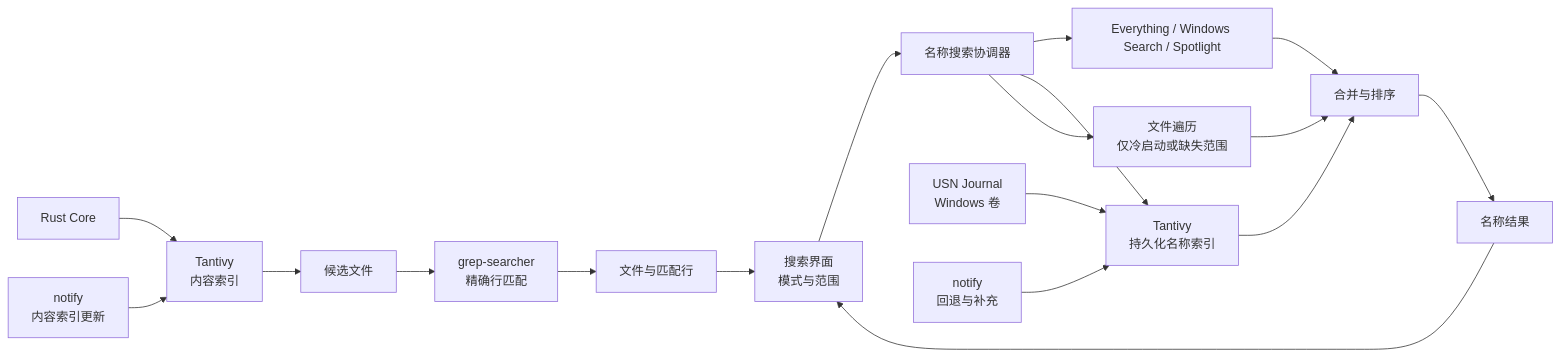
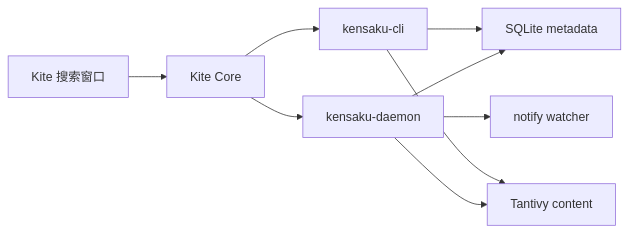
One commit to wyz541/kite changed the first of 2 diagrams in docs/architecture/content-search.md. Above: the diagram before and after it, drawn with Mermaid. The commit also changed other lines of this file and 27 other files, not shown here.

Commit message:
refactor: run global search through Kensaku daemon

````diff
--- a/docs/architecture/content-search.md
+++ b/docs/architecture/content-search.md
@@ -36,20 +23,11 @@
 ```mermaid
 flowchart LR
-    UI[搜索界面<br/>模式与范围] --> COORD[名称搜索协调器]
-    COORD --> FAST[Everything / Windows Search / Spotlight]
-    COORD --> NAMEIDX[Tantivy<br/>持久化名称索引]
-    COORD --> WALK[文件遍历<br/>仅冷启动或缺失范围]
-    FAST --> MERGE[合并与排序]
-    NAMEIDX --> MERGE
-    WALK --> MERGE
-    WATCH1[USN Journal<br/>Windows 卷] --> NAMEIDX
-    WATCH3[notify<br/>回退与补充] --> NAMEIDX
-    MERGE --> NAME[名称结果]
-    CORE[Rust Core] --> INDEX[Tantivy<br/>内容索引]
-    INDEX --> CANDIDATE[候选文件]
-    CANDIDATE --> VERIFY[grep-searcher<br/>精确行匹配]
-    WATCH2[notify<br/>内容索引更新] --> INDEX
-    VERIFY --> CONTENT[文件与匹配行]
-    NAME --> UI
-    CONTENT --> UI
+    UI[Kite 搜索窗口] --> CORE[Kite Core]
+    CORE --> DAEMON[kensaku-daemon]
+    CORE --> CLI[kensaku-cli]
+    DAEMON --> DB[SQLite metadata]
+    DAEMON --> CONTENT[Tantivy content]
+    DAEMON --> WATCH[notify watcher]
+    CLI --> DB
+    CLI --> CONTENT
 ```
````
